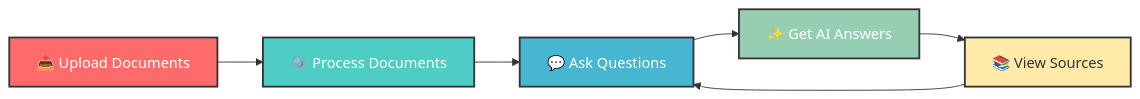
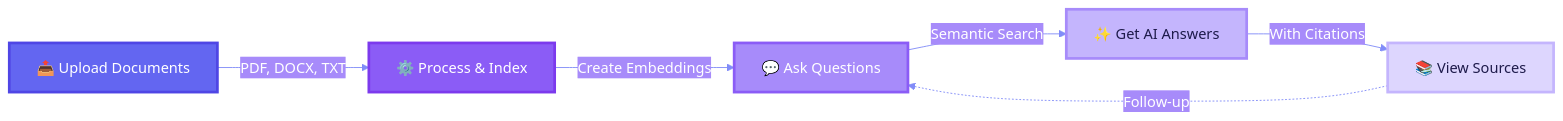
Before and after one commit to 24pwai0032-gif/rag-document-chat: the first of 3 diagrams in README.md, drawn with Mermaid. The commit also changed other lines of this file, not shown here.

````diff
--- a/README.md
+++ b/README.md
@@ -124,14 +196,16 @@
 ```mermaid
+%%{init: {'theme':'base', 'themeVariables': { 'primaryColor':'#6366f1','primaryTextColor':'#fff','primaryBorderColor':'#4f46e5','lineColor':'#818cf8','secondaryColor':'#a78bfa','tertiaryColor':'#c4b5fd','background':'#1e1b4b','mainBkg':'#312e81','secondBkg':'#4c1d95'}}}%%
+
 graph LR
-    A[📤 Upload Documents] --> B[⚙️ Process Documents]
-    B --> C[💬 Ask Questions]
-    C --> D[✨ Get AI Answers]
-    D --> E[📚 View Sources]
-    E --> C
+    A[📤 Upload Documents] -->|PDF, DOCX, TXT| B[⚙️ Process & Index]
+    B -->|Create Embeddings| C[💬 Ask Questions]
+    C -->|Semantic Search| D[✨ Get AI Answers]
+    D -->|With Citations| E[📚 View Sources]
+    E -.->|Follow-up| C
     
-    style A fill:#FF6B6B,stroke:#333,stroke-width:2px,color:#fff
-    style B fill:#4ECDC4,stroke:#333,stroke-width:2px,color:#fff
-    style C fill:#45B7D1,stroke:#333,stroke-width:2px,color:#fff
-    style D fill:#96CEB4,stroke:#333,stroke-width:2px,color:#fff
-    style E fill:#FFEAA7,stroke:#333,stroke-width:2px,color:#333
+    style A fill:#6366f1,stroke:#4f46e5,stroke-width:3px,color:#fff
+    style B fill:#8b5cf6,stroke:#7c3aed,stroke-width:3px,color:#fff
+    style C fill:#a78bfa,stroke:#8b5cf6,stroke-width:3px,color:#fff
+    style D fill:#c4b5fd,stroke:#a78bfa,stroke-width:3px,color:#1e1b4b
+    style E fill:#ddd6fe,stroke:#c4b5fd,stroke-width:3px,color:#1e1b4b
 ```
````
